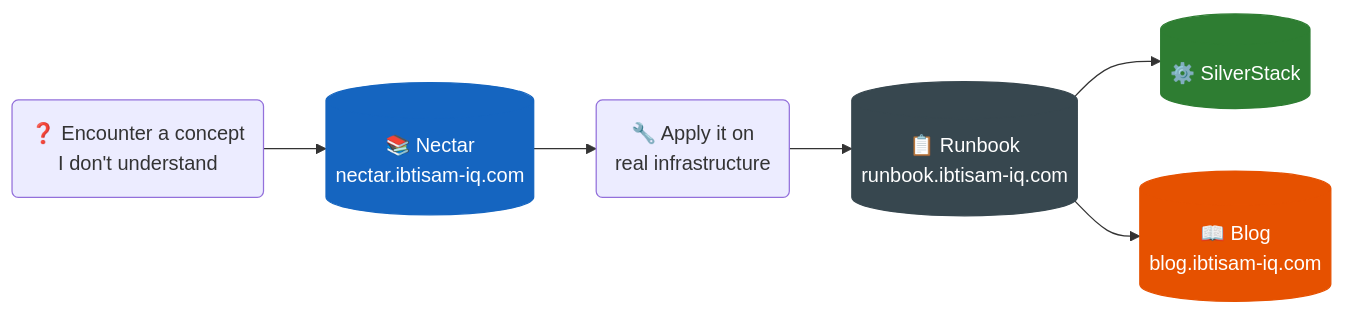
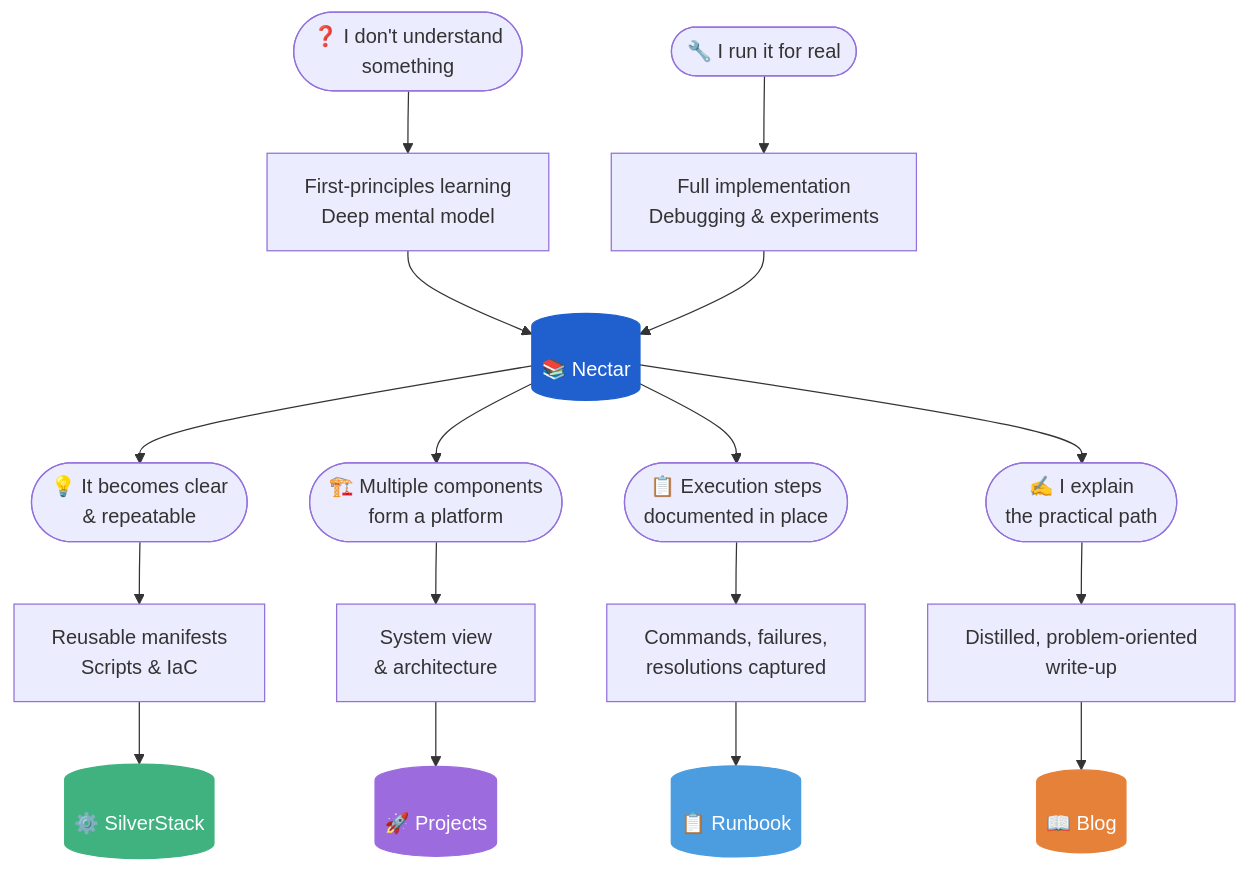
The diagram in README.md (ibtisam-iq/nectar), drawn with Mermaid before and after one commit. The commit also changed other lines of this file and 43 other files, not shown here.

````diff
--- a/README.md
+++ b/README.md
@@ -20,15 +12,39 @@
 ```mermaid
-flowchart LR
-    A("❓ Encounter a concept\nI don't understand")
-    --> B[("📚 Nectar\nnectar.ibtisam-iq.com")]
-    --> C("🔧 Apply it on\nreal infrastructure")
-    --> D[("📋 Runbook\nrunbook.ibtisam-iq.com")]
-    --> E[("⚙️ SilverStack\n")]
+flowchart TD
+    A(["❓ I don't understand\nsomething"])
+    B(["🔧 I run it for real"])
 
-    D --> F[("📖 Blog\nblog.ibtisam-iq.com")]
+    C["First-principles learning\nDeep mental model"]
+    D["Full implementation\nDebugging & experiments"]
 
-    style B fill:#1565C0,color:#fff,stroke:#1565C0
-    style D fill:#37474F,color:#fff,stroke:#37474F
-    style E fill:#2E7D32,color:#fff,stroke:#2E7D32
-    style F fill:#E65100,color:#fff,stroke:#E65100
+    NECTAR[("📚 Nectar")]
+
+    E(["💡 It becomes clear\n& repeatable"])
+    F["Reusable manifests\nScripts & IaC"]
+    SILVER[("⚙️ SilverStack")]
+
+    G(["🏗️ Multiple components\nform a platform"])
+    H["System view\n& architecture"]
+    PROJECTS[("🚀 Projects")]
+
+    I(["📋 Execution steps\ndocumented in place"])
+    J["Commands, failures,\nresolutions captured"]
+    RUNBOOK[("📋 Runbook")]
+
+    K(["✍️ I explain\nthe practical path"])
+    L["Distilled, problem-oriented\nwrite-up"]
+    BLOG[("📖 Blog")]
+
+    A --> C --> NECTAR
+    B --> D --> NECTAR
+    NECTAR --> E --> F --> SILVER
+    NECTAR --> G --> H --> PROJECTS
+    NECTAR --> I --> J --> RUNBOOK
+    NECTAR --> K --> L --> BLOG
+
+    style NECTAR   fill:#1f5fce,color:#fff,stroke:#1f5fce
+    style SILVER   fill:#3fb27f,color:#fff,stroke:#3fb27f
+    style PROJECTS fill:#9c6bde,color:#fff,stroke:#9c6bde
+    style RUNBOOK  fill:#4b9de0,color:#fff,stroke:#4b9de0
+    style BLOG     fill:#e6813a,color:#fff,stroke:#e6813a
 ```
````
